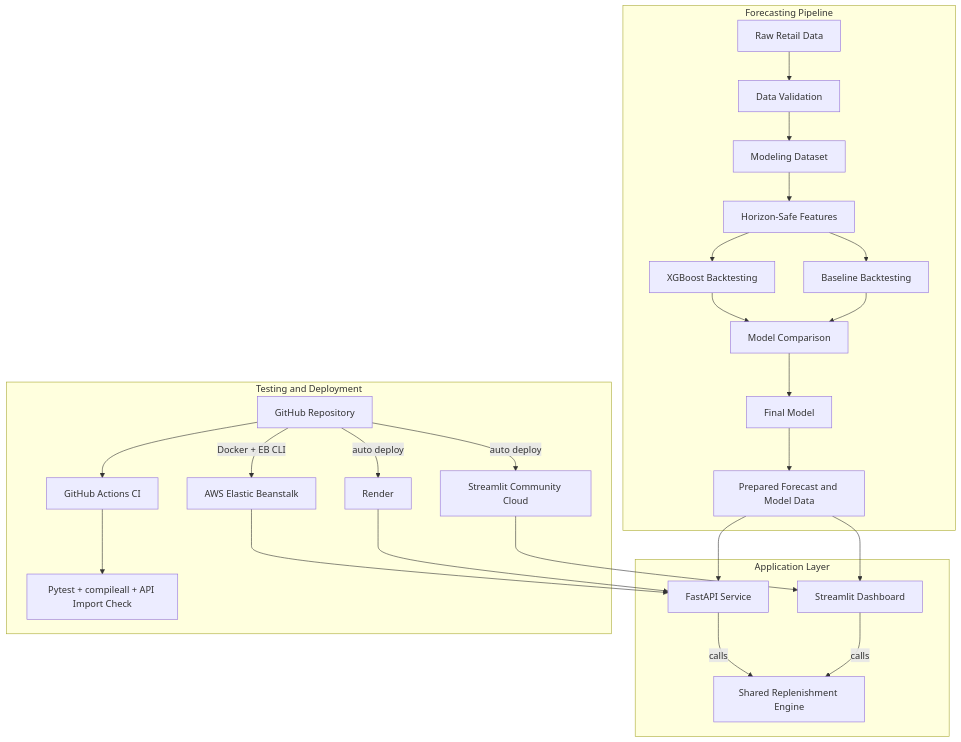
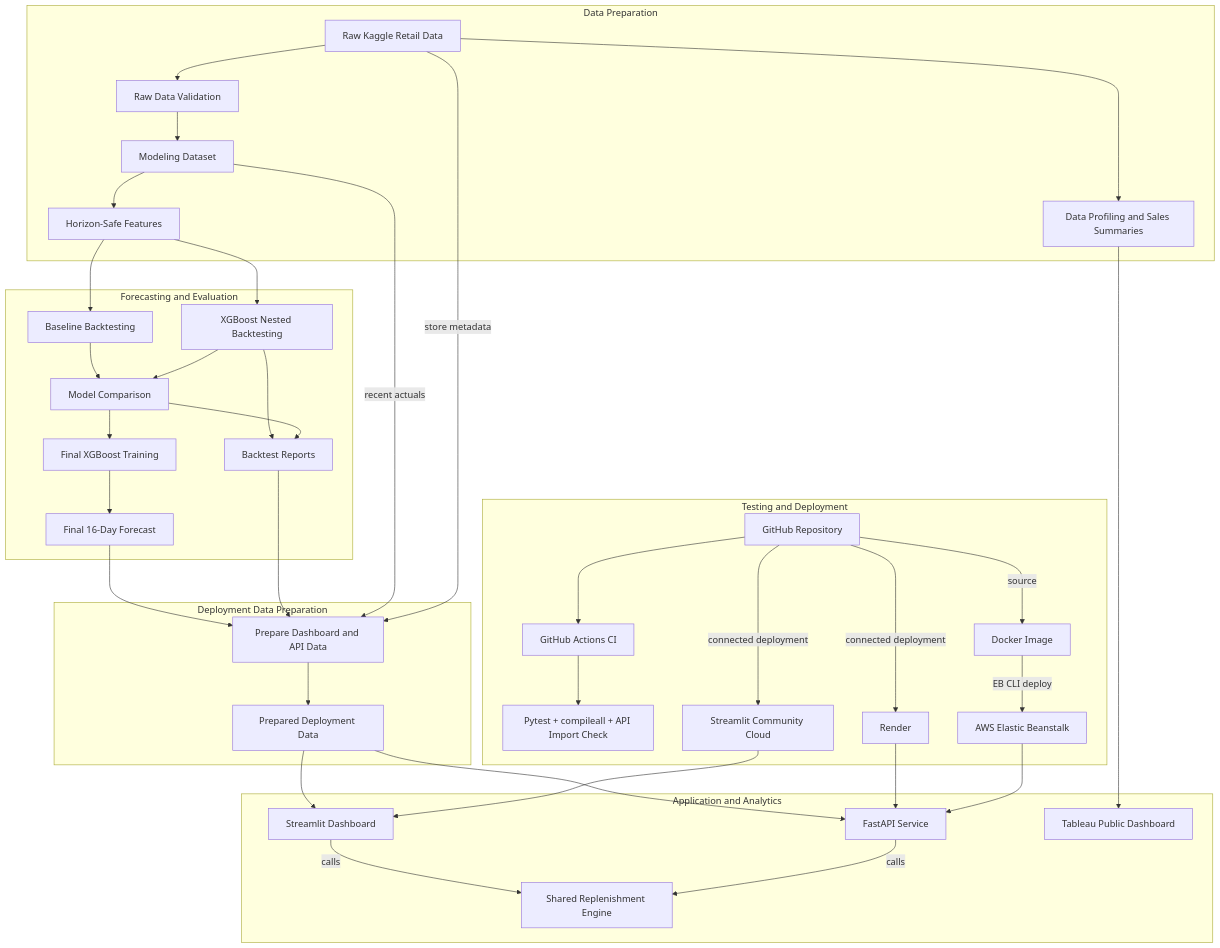
The diagram in README.md (momo840505/retail-demand-forecasting), drawn with Mermaid before and after one commit. The commit also changed other lines of this file, not shown here.

Commit message:
Align README architecture with deployed data flow

````diff
--- a/README.md
+++ b/README.md
@@ -266,39 +279,57 @@
 ```mermaid
 flowchart TD
 
-    subgraph PIPELINE["Forecasting Pipeline"]
-        A[Raw Retail Data] --> B[Data Validation]
-        B --> C[Modeling Dataset]
-        C --> D[Horizon-Safe Features]
-
-        D --> E[Baseline Backtesting]
-        D --> F[XGBoost Backtesting]
-
-        E --> G[Model Comparison]
-        F --> G
-
-        G --> H[Final Model]
-        H --> I[Prepared Forecast and Model Data]
+    subgraph DATA["Data Preparation"]
+        A[Raw Kaggle Retail Data] --> B[Raw Data Validation]
+        A --> C[Data Profiling and Sales Summaries]
+        B --> D[Modeling Dataset]
+        D --> E[Horizon-Safe Features]
     end
 
-    subgraph APPLICATION["Application Layer"]
-        I --> J[Streamlit Dashboard]
-        I --> K[FastAPI Service]
+    subgraph MODEL["Forecasting and Evaluation"]
+        E --> F[Baseline Backtesting]
+        E --> G[XGBoost Nested Backtesting]
 
-        J -->|calls| L[Shared Replenishment Engine]
-        K -->|calls| L
+        F --> H[Model Comparison]
+        G --> H
+
+        H --> I[Final XGBoost Training]
+        I --> J[Final 16-Day Forecast]
+
+        G --> K[Backtest Reports]
+        H --> K
+    end
+
+    subgraph PREP["Deployment Data Preparation"]
+        J --> L[Prepare Dashboard and API Data]
+        K --> L
+        D -->|recent actuals| L
+        A -->|store metadata| L
+
+        L --> M[Prepared Deployment Data]
+    end
+
+    subgraph APPLICATION["Application and Analytics"]
+        M --> N[Streamlit Dashboard]
+        M --> O[FastAPI Service]
+
+        N -->|calls| P[Shared Replenishment Engine]
+        O -->|calls| P
+
+        C --> Q[Tableau Public Dashboard]
     end
 
     subgraph DELIVERY["Testing and Deployment"]
-        M[GitHub Repository] --> N[GitHub Actions CI]
-        N --> O[Pytest + compileall + API Import Check]
+        R[GitHub Repository] --> S[GitHub Actions CI]
+        S --> T[Pytest + compileall + API Import Check]
 
-        M -->|auto deploy| P[Streamlit Community Cloud]
-        M -->|auto deploy| Q[Render]
-        M -->|Docker + EB CLI| R[AWS Elastic Beanstalk]
+        R -->|connected deployment| U[Streamlit Community Cloud]
+        R -->|connected deployment| V[Render]
+        R -->|source| W[Docker Image]
+        W -->|EB CLI deploy| X[AWS Elastic Beanstalk]
 
-        P --> J
-        Q --> K
-        R --> K
+        U --> N
+        V --> O
+        X --> O
     end
 ```
````
